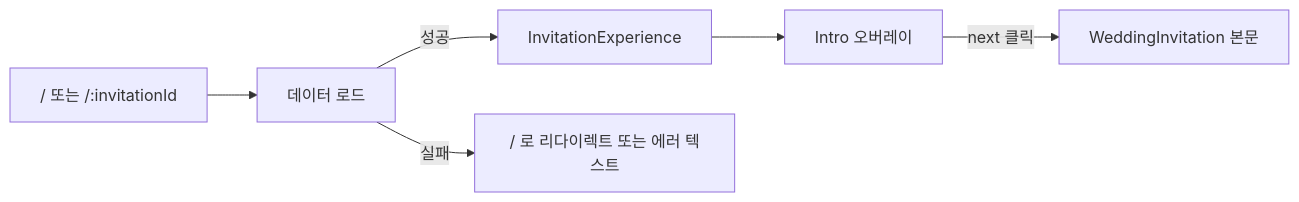
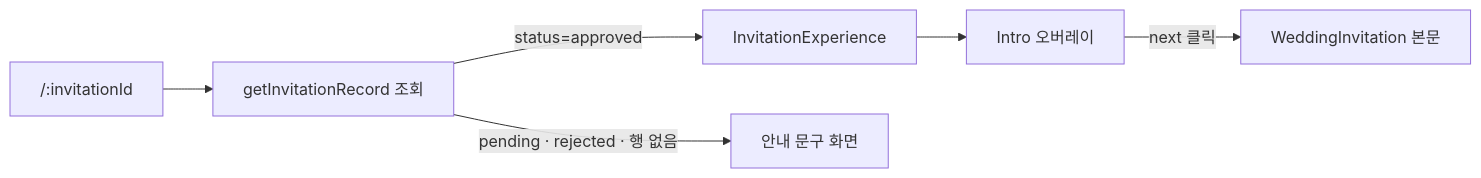
The diagram in docs/invitation-app.md (hak-joo/momozzang), drawn with Mermaid before and after one commit. The commit also changed other lines of this file and 5 other files, not shown here.

Commit message:
docs: 비즈니스 플로우 기준으로 라우트표·스키마·환경변수 갱신

````diff
--- a/docs/invitation-app.md
+++ b/docs/invitation-app.md
@@ -25,8 +38,8 @@
 ```mermaid
 flowchart LR
-    R["/  또는  /:invitationId"] --> L[데이터 로드]
-    L -->|성공| EXP[InvitationExperience]
-    L -->|실패| RED["/ 로 리다이렉트 또는 에러 텍스트"]
+    R["/:invitationId"] --> L[getInvitationRecord 조회]
+    L -->|"status=approved"| EXP[InvitationExperience]
+    L -->|"pending · rejected · 행 없음"| NOTICE[안내 문구 화면]
     EXP --> INTRO[Intro 오버레이]
     INTRO -->|next 클릭| BODY[WeddingInvitation 본문]
 ```
````
